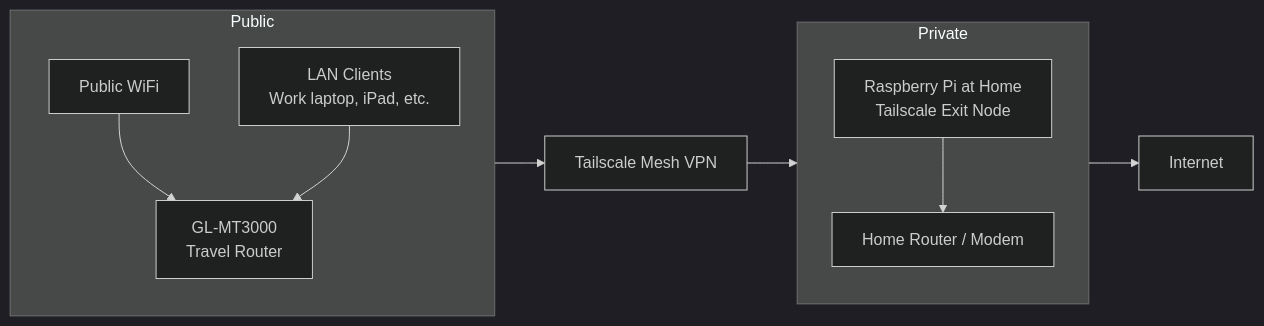
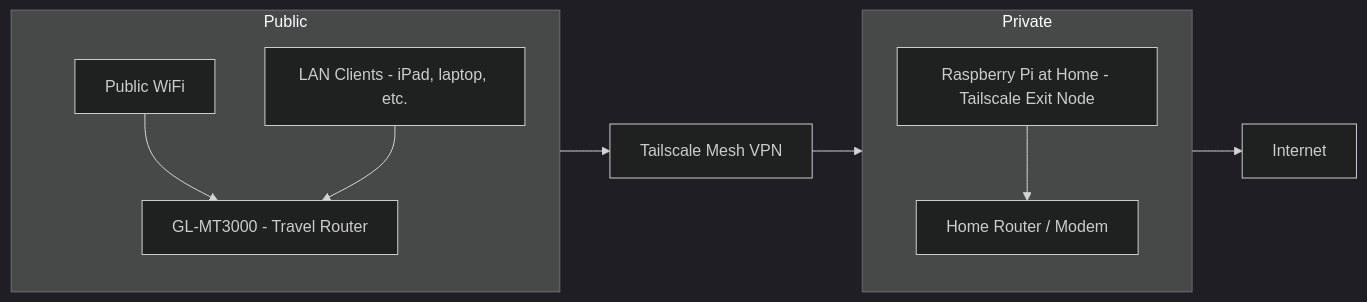
Before and after one commit to natonet-labs/tailscale-pi-exit-node: the diagram in gl-mt3000-exit-node.md, drawn with Mermaid (dark theme).

Commit message:
Update formatting in gl-mt3000-exit-node.md

````diff
--- a/gl-mt3000-exit-node.md
+++ b/gl-mt3000-exit-node.md
@@ -3,32 +3,32 @@
 ```mermaid
 flowchart LR
     %% Core devices
     H[Public WiFi]
-    M[GL-MT3000<br/>Travel Router]
-    L[LAN Clients<br/>Work laptop, iPad, etc.]
+    M[GL-MT3000 - Travel Router]
+    L[LAN Clients - iPad, laptop, etc.]
     T[Tailscale Mesh VPN]
     R[Home Router / Modem]
-    P[Raspberry Pi at Home<br/>Tailscale Exit Node]
+    P[Raspberry Pi at Home - Tailscale Exit Node]
     I[Internet]
 
     %% Local network at hotel
     H --> M
     L --> M
 
     %% Tailscale path and exit node
     M --> T --> P --> R --> I
 
     %% Logical roles
     subgraph Hotel_Site[Public]
         direction TB
         H
         M
         L
     end
 
     subgraph Home_Site[Private]
         direction TB
         R
         P
     end
 ```
````
